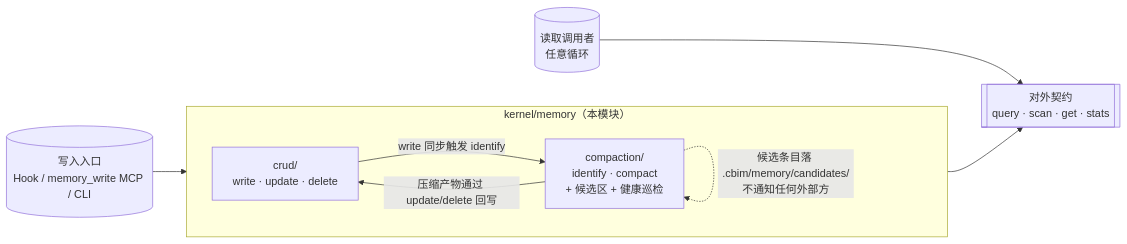
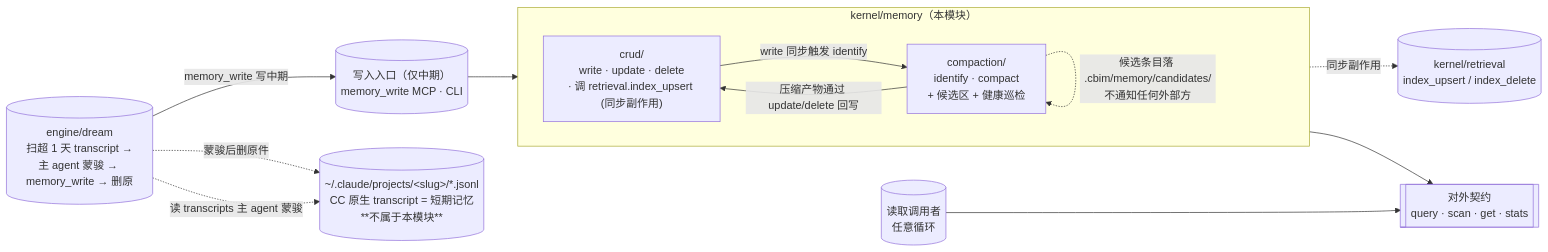
One commit to nan023062/agent-team-cc changed the diagram in v1/kernel/memory/.dna/module.md. Above: the diagram before and after it, drawn with Mermaid. The commit also changed other lines of this file and 154 other files, not shown here.

First line of the commit message:
feat(v1+v2): memory v2 refactor + retrieval module + v2 Unity scaffold

````diff
--- a/v1/kernel/memory/.dna/module.md
+++ b/v1/kernel/memory/.dna/module.md
@@ -25,20 +30,28 @@
 ```mermaid
 flowchart LR
     subgraph Memory["kernel/memory（本模块）"]
         direction LR
-        CRUD["crud/<br/>write · update · delete"]
+        CRUD["crud/<br/>write · update · delete<br/>· 调 retrieval.index_upsert (同步副作用)"]
         Compact["compaction/<br/>identify · compact<br/>+ 候选区 + 健康巡检"]
     end
 
-    HookIn[("写入入口<br/>Hook / memory_write MCP / CLI")]
+    HookIn[("写入入口（仅中期）<br/>memory_write MCP · CLI")]
     Reader[("读取调用者<br/>任意循环")]
     Contract[["对外契约<br/>query · scan · get · stats"]]
+    Retrieval[("kernel/retrieval<br/>index_upsert / index_delete")]
+    Transcripts[("~/.claude/projects/&lt;slug&gt;/*.jsonl<br/>CC 原生 transcript = 短期记忆<br/>**不属于本模块**")]
+    Dream[("engine/dream<br/>扫超 1 天 transcript →<br/>主 agent 蒙骏 → memory_write → 删原")]
 
     HookIn --> CRUD
     CRUD -->|write 同步触发 identify| Compact
+    CRUD -.->|同步副作用| Retrieval
     Compact -->|压缩产物通过 update/delete 回写| CRUD
     Compact -.->|候选条目落 .cbim/memory/candidates/<br/>不通知任何外部方| Compact
+
+    Dream -.->|读 transcripts 主 agent 蒙骏| Transcripts
+    Dream -->|memory_write 写中期| HookIn
+    Dream -.->|蒙骏后删原件| Transcripts
 
     Memory --> Contract
     Reader --> Contract
 ```
````
